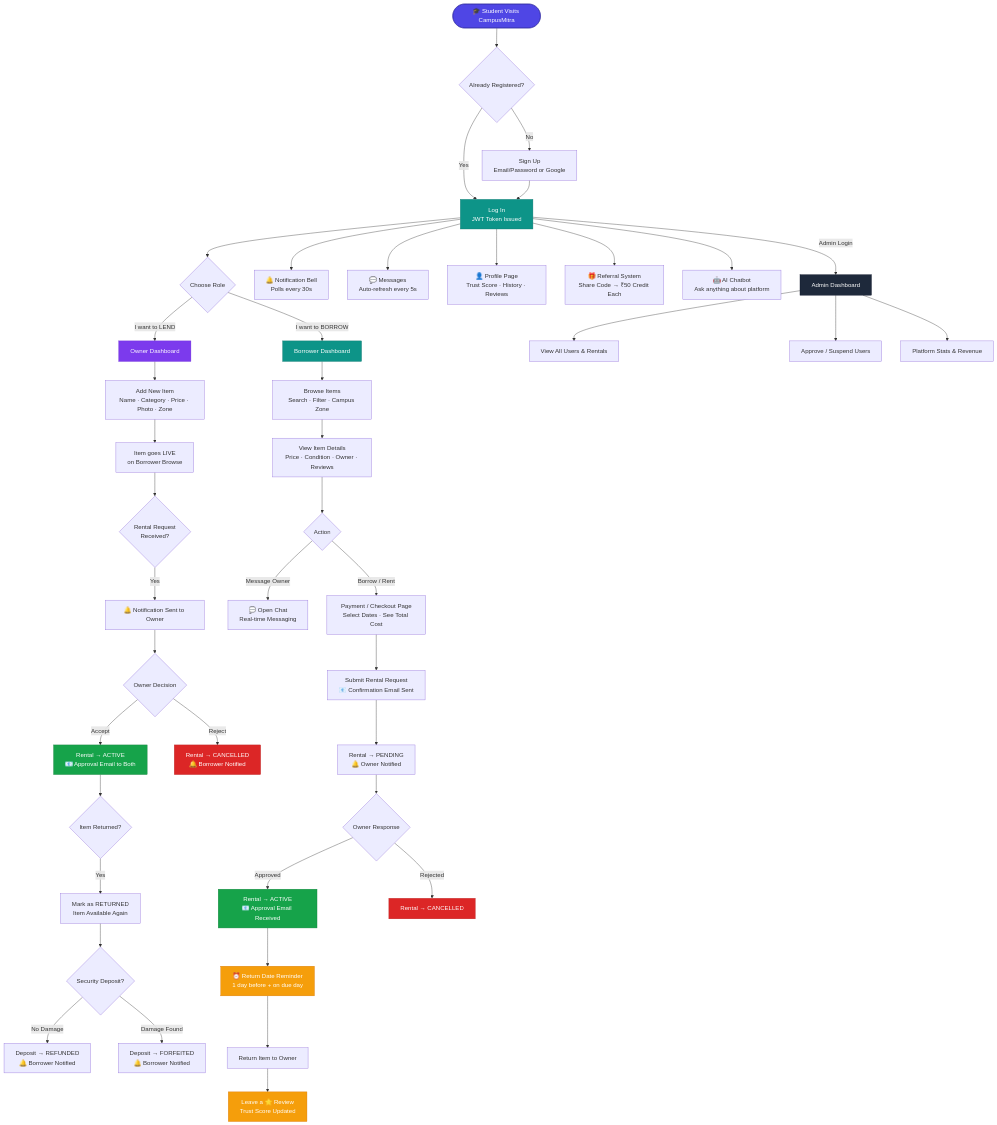
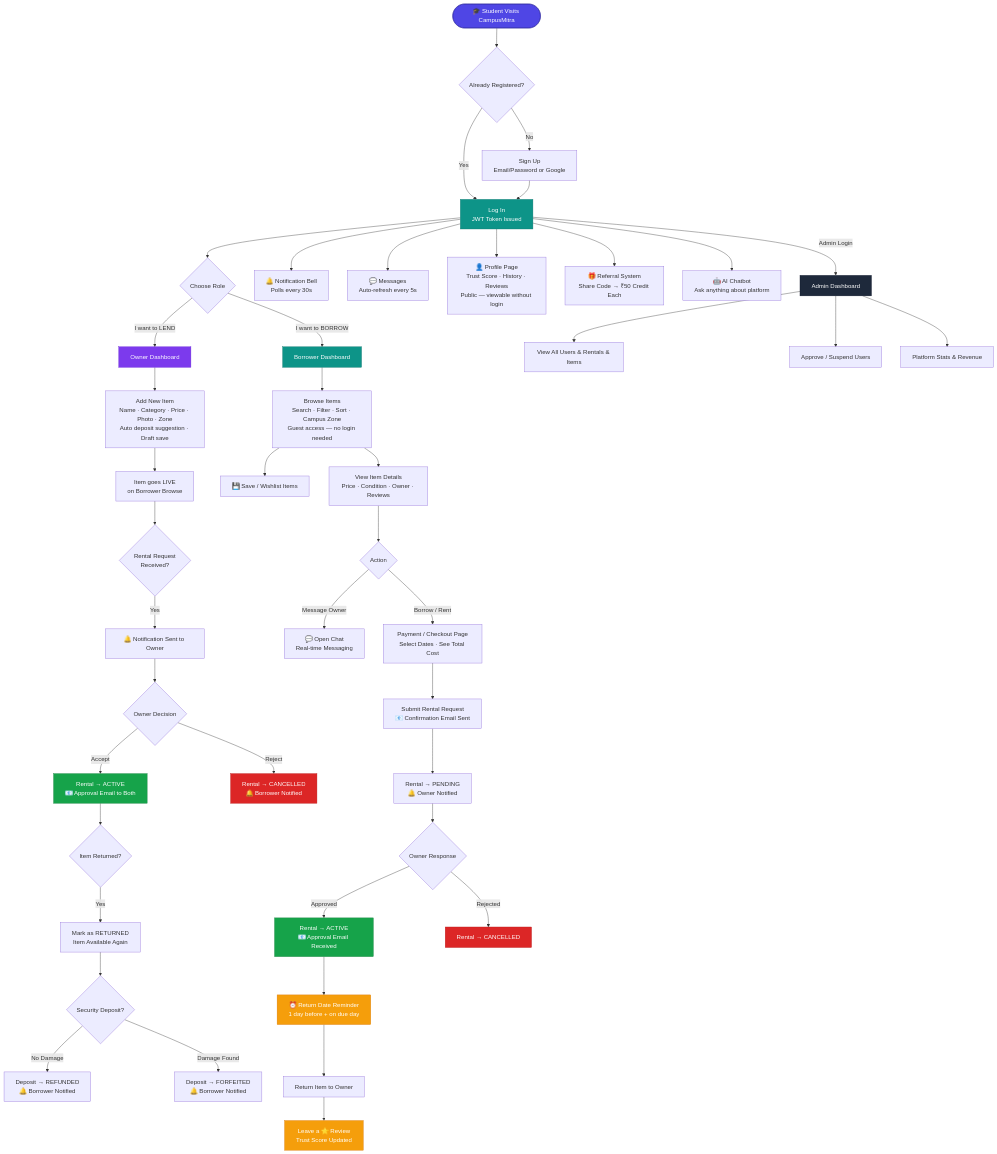
One commit to Amit01-developer/CampusMitraa changed the first of 3 diagrams in README.md. Above: the diagram before and after it, drawn with Mermaid. The commit also changed other lines of this file and 5 other files, not shown here.

````diff
--- a/README.md
+++ b/README.md
@@ -351,75 +374,76 @@
 ```mermaid
 flowchart TD
     A([🎓 Student Visits CampusMitra]) --> B{Already Registered?}
 
     B -- No --> C[Sign Up\nEmail/Password or Google]
     B -- Yes --> D[Log In\nJWT Token Issued]
     C --> D
 
     D --> E{Choose Role}
 
     %% ─── OWNER FLOW ───────────────────────────────────────
     E -- I want to LEND --> F[Owner Dashboard]
 
-    F --> F1[Add New Item\nName · Category · Price · Photo · Zone]
+    F --> F1[Add New Item\nName · Category · Price · Photo · Zone\nAuto deposit suggestion · Draft save]
     F1 --> F2[Item goes LIVE\non Borrower Browse]
 
     F2 --> F3{Rental Request\nReceived?}
     F3 -- Yes --> F4[🔔 Notification Sent to Owner]
     F4 --> F5{Owner Decision}
     F5 -- Accept --> F6[Rental → ACTIVE\n📧 Approval Email to Both]
     F5 -- Reject --> F7[Rental → CANCELLED\n🔔 Borrower Notified]
 
     F6 --> F8{Item Returned?}
     F8 -- Yes --> F9[Mark as RETURNED\nItem Available Again]
     F9 --> F10{Security Deposit?}
     F10 -- No Damage --> F11[Deposit → REFUNDED\n🔔 Borrower Notified]
     F10 -- Damage Found --> F12[Deposit → FORFEITED\n🔔 Borrower Notified]
 
     %% ─── BORROWER FLOW ────────────────────────────────────
     E -- I want to BORROW --> G[Borrower Dashboard]
 
-    G --> G1[Browse Items\nSearch · Filter · Campus Zone]
+    G --> G1[Browse Items\nSearch · Filter · Sort · Campus Zone\nGuest access — no login needed]
+    G1 --> G1a[💾 Save / Wishlist Items]
     G1 --> G2[View Item Details\nPrice · Condition · Owner · Reviews]
     G2 --> G3{Action}
 
     G3 -- Message Owner --> G4[💬 Open Chat\nReal-time Messaging]
     G3 -- Borrow / Rent --> G5[Payment / Checkout Page\nSelect Dates · See Total Cost]
 
     G5 --> G6[Submit Rental Request\n📧 Confirmation Email Sent]
     G6 --> G7[Rental → PENDING\n🔔 Owner Notified]
 
     G7 --> G8{Owner Response}
     G8 -- Approved --> G9[Rental → ACTIVE\n📧 Approval Email Received]
     G8 -- Rejected --> G10[Rental → CANCELLED]
 
     G9 --> G11[⏰ Return Date Reminder\n1 day before + on due day]
     G11 --> G12[Return Item to Owner]
     G12 --> G13[Leave a ⭐ Review\nTrust Score Updated]
 
     %% ─── SHARED FEATURES ──────────────────────────────────
     D --> H[🔔 Notification Bell\nPolls every 30s]
     D --> I[💬 Messages\nAuto-refresh every 5s]
-    D --> J[👤 Profile Page\nTrust Score · History · Reviews]
+    D --> J[👤 Profile Page\nTrust Score · History · Reviews\nPublic — viewable without login]
     D --> K[🎁 Referral System\nShare Code → ₹50 Credit Each]
     D --> L[🤖 AI Chatbot\nAsk anything about platform]
 
     %% ─── ADMIN FLOW ───────────────────────────────────────
     D -- Admin Login --> M[Admin Dashboard]
-    M --> M1[View All Users & Rentals]
+    M --> M1[View All Users & Rentals & Items]
     M --> M2[Approve / Suspend Users]
     M --> M3[Platform Stats & Revenue]
 
     %% ─── STYLES ───────────────────────────────────────────
     style A fill:#4f46e5,color:#fff,stroke:#3730a3
     style D fill:#0d9488,color:#fff,stroke:#0f766e
     style F fill:#7c3aed,color:#fff,stroke:#6d28d9
     style G fill:#0d9488,color:#fff,stroke:#0f766e
     style F6 fill:#16a34a,color:#fff,stroke:#15803d
     style F7 fill:#dc2626,color:#fff,stroke:#b91c1c
     style G9 fill:#16a34a,color:#fff,stroke:#15803d
     style G10 fill:#dc2626,color:#fff,stroke:#b91c1c
     style M fill:#1e293b,color:#fff,stroke:#0f172a
     style G13 fill:#f59e0b,color:#fff,stroke:#d97706
     style G11 fill:#f59e0b,color:#fff,stroke:#d97706
 ```
````
